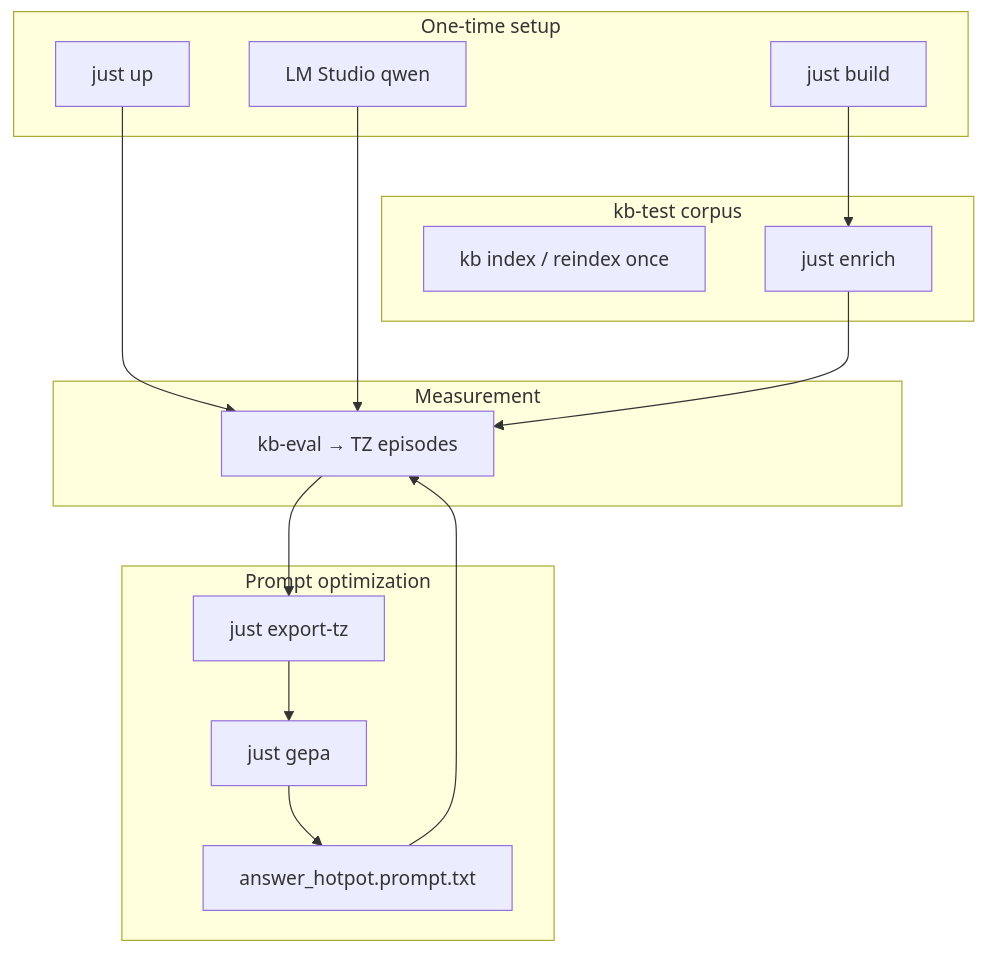
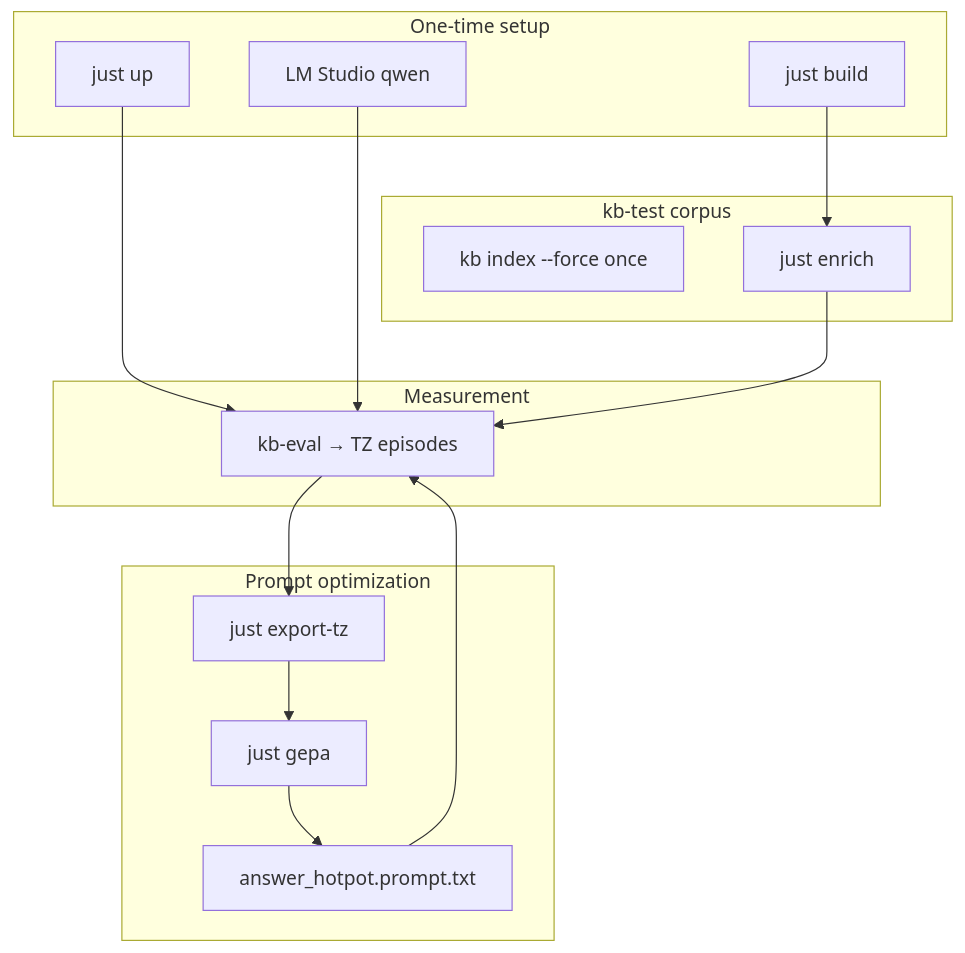
One commit to metalmon/glossa changed the diagram in docs/eval-and-training.md. Above: the diagram before and after it, drawn with Mermaid. The commit also changed other lines of this file and 4 other files, not shown here.

First line of the commit message:
docs: update reindex references to index --force/--file

````diff
--- a/docs/eval-and-training.md
+++ b/docs/eval-and-training.md
@@ -13,32 +13,32 @@
 ```mermaid
 flowchart TB
   subgraph once [One-time setup]
     build[just build]
     up[just up]
     lm[LM Studio qwen]
   end
 
   subgraph corpus [kb-test corpus]
-    index[kb index / reindex once]
+    index[kb index --force once]
     enrich[just enrich]
   end
 
   subgraph measure [Measurement]
     eval[kb-eval → TZ episodes]
   end
 
   subgraph train [Prompt optimization]
     export[just export-tz]
     gepa[just gepa]
     prompt[answer_hotpot.prompt.txt]
   end
 
   build --> enrich
   up --> eval
   lm --> eval
   enrich --> eval
   eval --> export
   export --> gepa
   gepa --> prompt
   prompt --> eval
 ```
````
